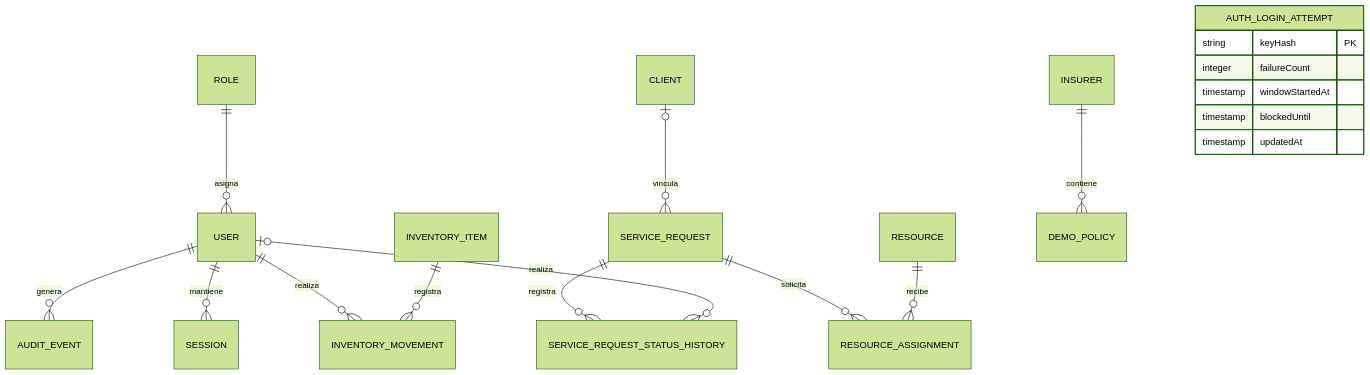
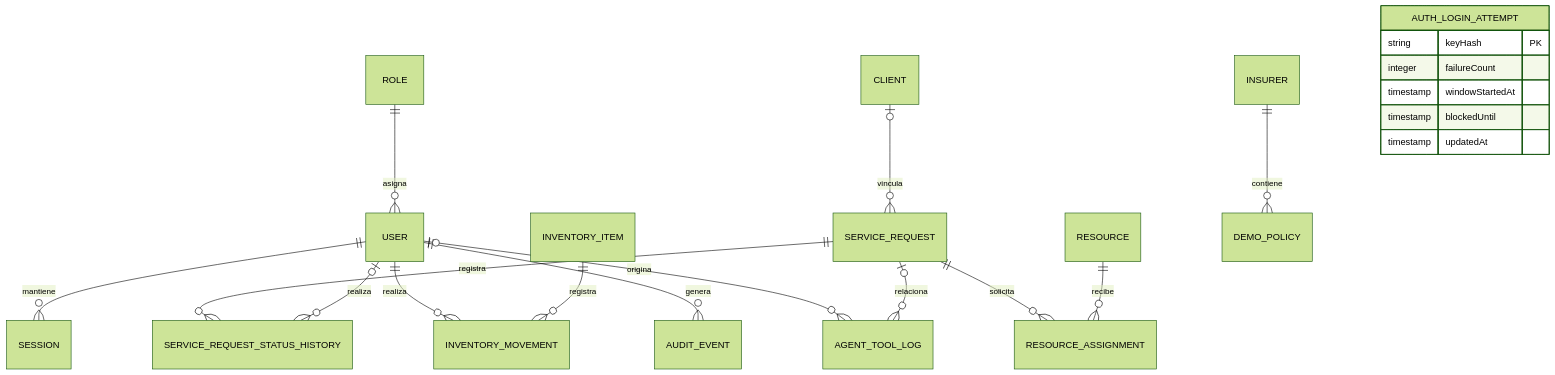
One commit to ThxtToo/serena-gestion-funeraria changed the diagram in docs/MODELO_DATOS.md. Above: the diagram before and after it, drawn with Mermaid (forest theme). The commit also changed other lines of this file, not shown here.

````diff
--- a/docs/MODELO_DATOS.md
+++ b/docs/MODELO_DATOS.md
@@ -368,21 +372,23 @@
 ```mermaid
 erDiagram
     ROLE ||--o{ USER : asigna
     USER ||--o{ SESSION : mantiene
     CLIENT o|--o{ SERVICE_REQUEST : vincula
     SERVICE_REQUEST ||--o{ SERVICE_REQUEST_STATUS_HISTORY : registra
     USER o|--o{ SERVICE_REQUEST_STATUS_HISTORY : realiza
     USER ||--o{ INVENTORY_MOVEMENT : realiza
     INVENTORY_ITEM ||--o{ INVENTORY_MOVEMENT : registra
     SERVICE_REQUEST ||--o{ RESOURCE_ASSIGNMENT : solicita
     RESOURCE ||--o{ RESOURCE_ASSIGNMENT : recibe
     USER ||--o{ AUDIT_EVENT : genera
+    USER o|--o{ AGENT_TOOL_LOG : origina
+    SERVICE_REQUEST o|--o{ AGENT_TOOL_LOG : relaciona
     INSURER ||--o{ DEMO_POLICY : contiene
     AUTH_LOGIN_ATTEMPT {
         string keyHash PK
         integer failureCount
         timestamp windowStartedAt
         timestamp blockedUntil
         timestamp updatedAt
     }
 ```
````
